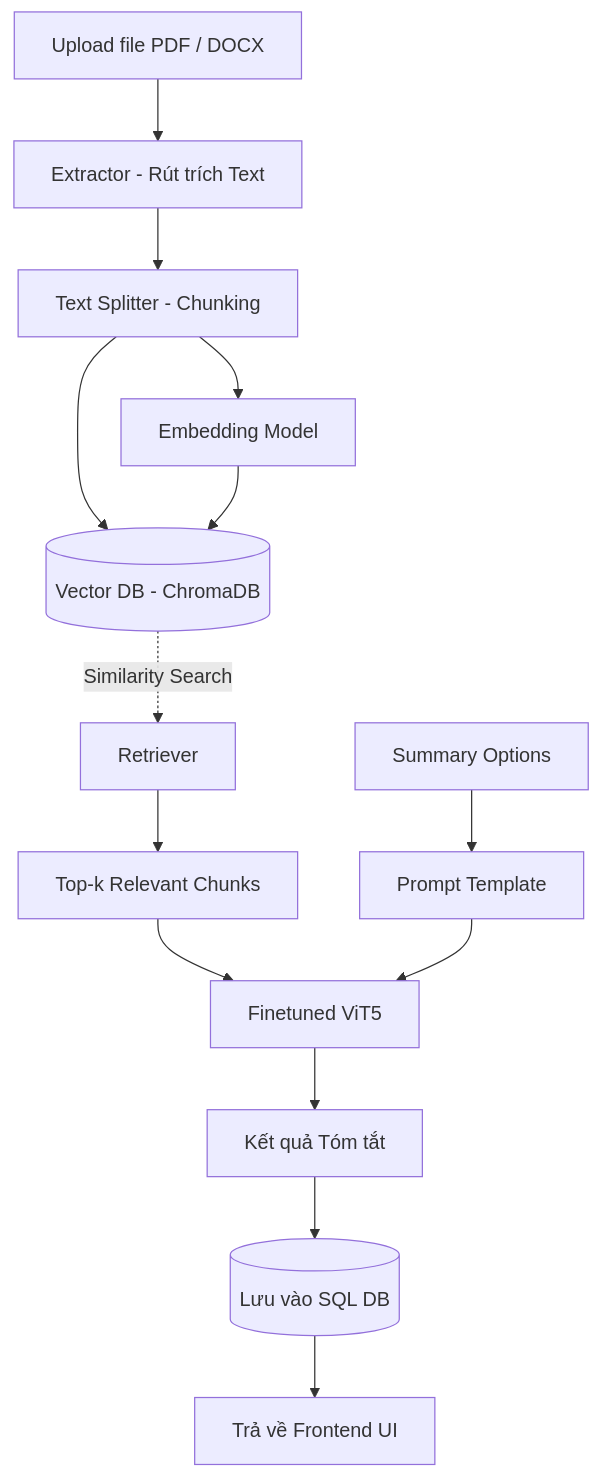
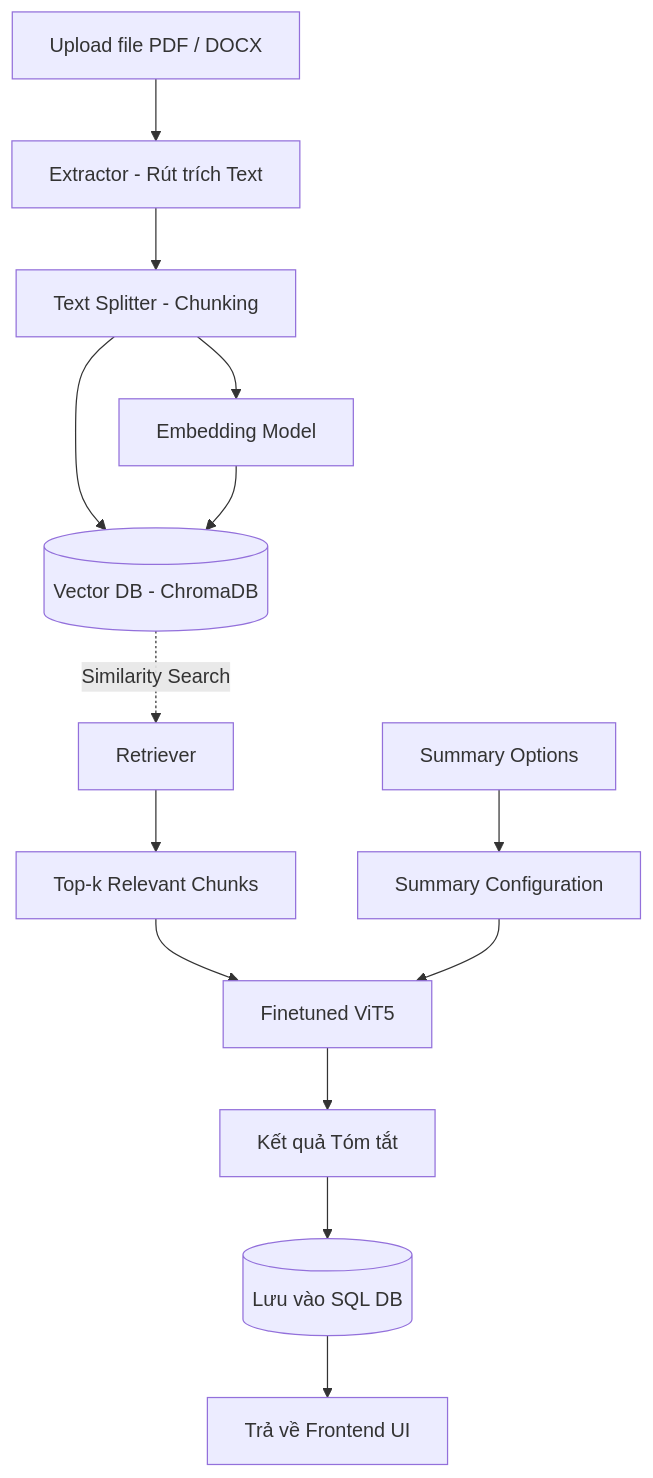
One commit to kienng221105/Summarize-Vietnamese-Text changed the fourth of 6 diagrams in README.md. Above: the diagram before and after it, drawn with Mermaid. The commit also changed other lines of this file and 42 other files, not shown here.

````diff
--- a/README.md
+++ b/README.md
@@ -146,33 +123,34 @@
 ```mermaid
 flowchart TD
 
   %% Upload
   A[Upload file PDF / DOCX] --> B[Extractor - Rút trích Text]
 
   B --> C[Text Splitter - Chunking]
 
   C --> D[Embedding Model]
 
   C --> E[(Vector DB - ChromaDB)]
 
   D --> E
 
   %% Summary Options
-  O[Summary Options] --> H[Prompt Template]
+  O[Summary Options] --> H[Summary Configuration]
 
   %% Retrieval
   E -. Similarity Search .-> F[Retriever]
 
   F --> G[Top-k Relevant Chunks]
 
   G --> I[Finetuned ViT5]
 
   H --> I
 
   %% Output
   I --> J[Kết quả Tóm tắt]
 
   J --> K[(Lưu vào SQL DB)]
 
   K --> L[Trả về Frontend UI]
+
 ```
````
